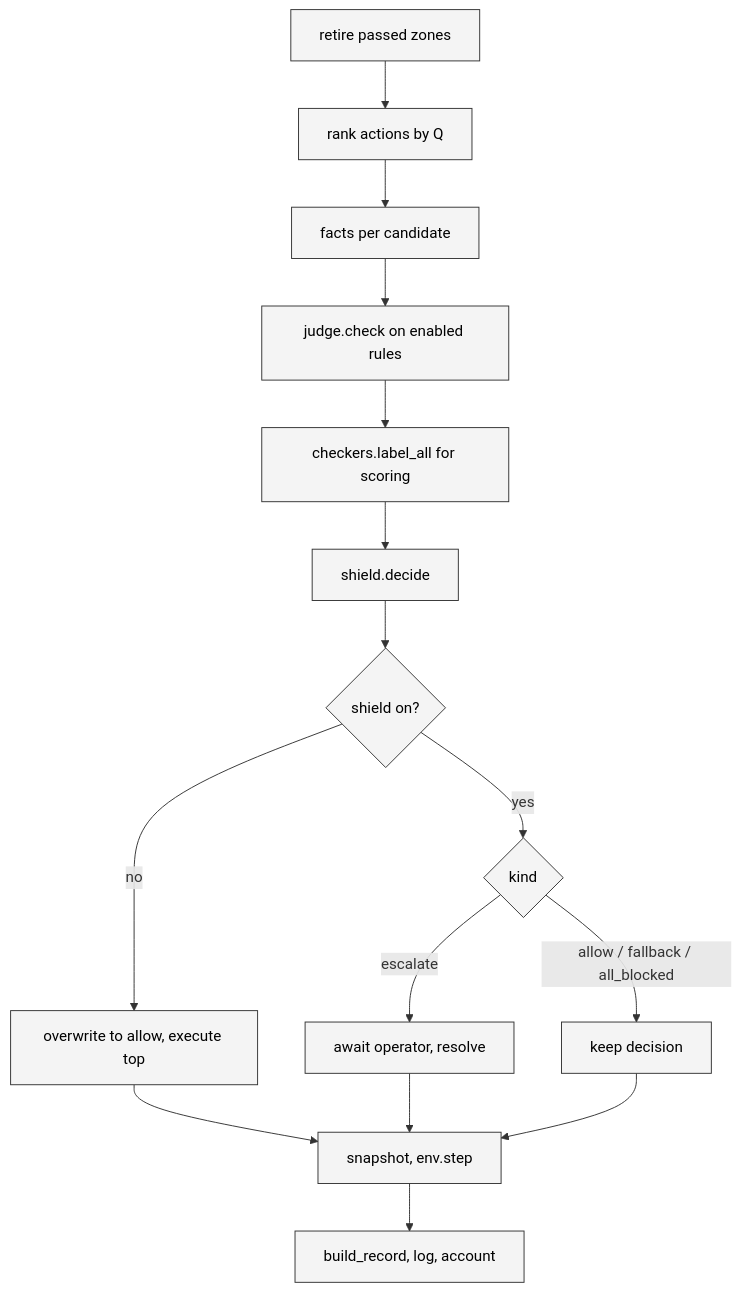
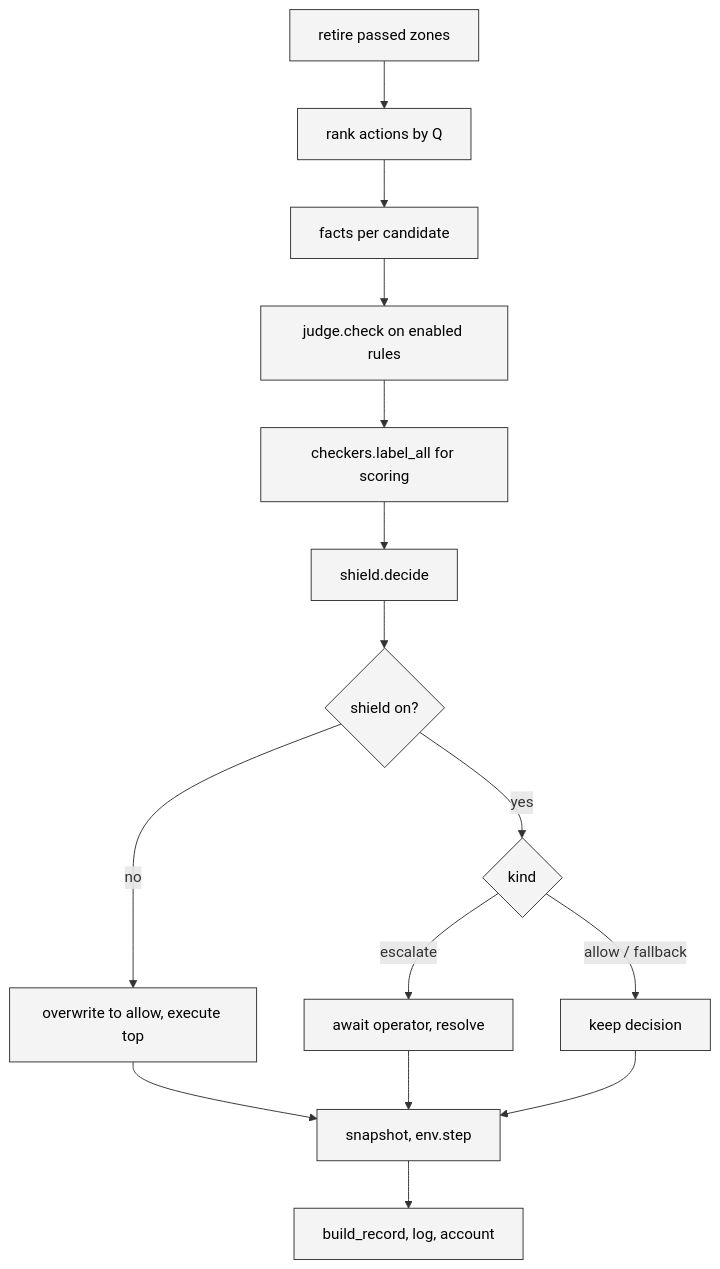
One commit to sequenzia/Interlock changed the diagram in docs/developer-guide/backend/episode-loop.md. Above: the diagram before and after it, drawn with Mermaid. The commit also changed other lines of this file and 48 other files, not shown here.

````diff
--- a/docs/developer-guide/backend/episode-loop.md
+++ b/docs/developer-guide/backend/episode-loop.md
@@ -92,18 +94,18 @@
 ```mermaid
 flowchart TD
   A[retire passed zones] --> B[rank actions by Q]
   B --> C[facts per candidate]
   C --> D[judge.check on enabled rules]
   D --> E[checkers.label_all for scoring]
   E --> F[shield.decide]
   F --> G{shield on?}
   G -- no --> H[overwrite to allow, execute top]
   G -- yes --> I{kind}
   I -- escalate --> J[await operator, resolve]
-  I -- allow / fallback / all_blocked --> K[keep decision]
+  I -- allow / fallback --> K[keep decision]
   H --> L[snapshot, env.step]
   J --> L
   K --> L
   L --> M[build_record, log, account]
   classDef default fill:#f4f4f4,stroke:#333,color:#000;
 ```
````
